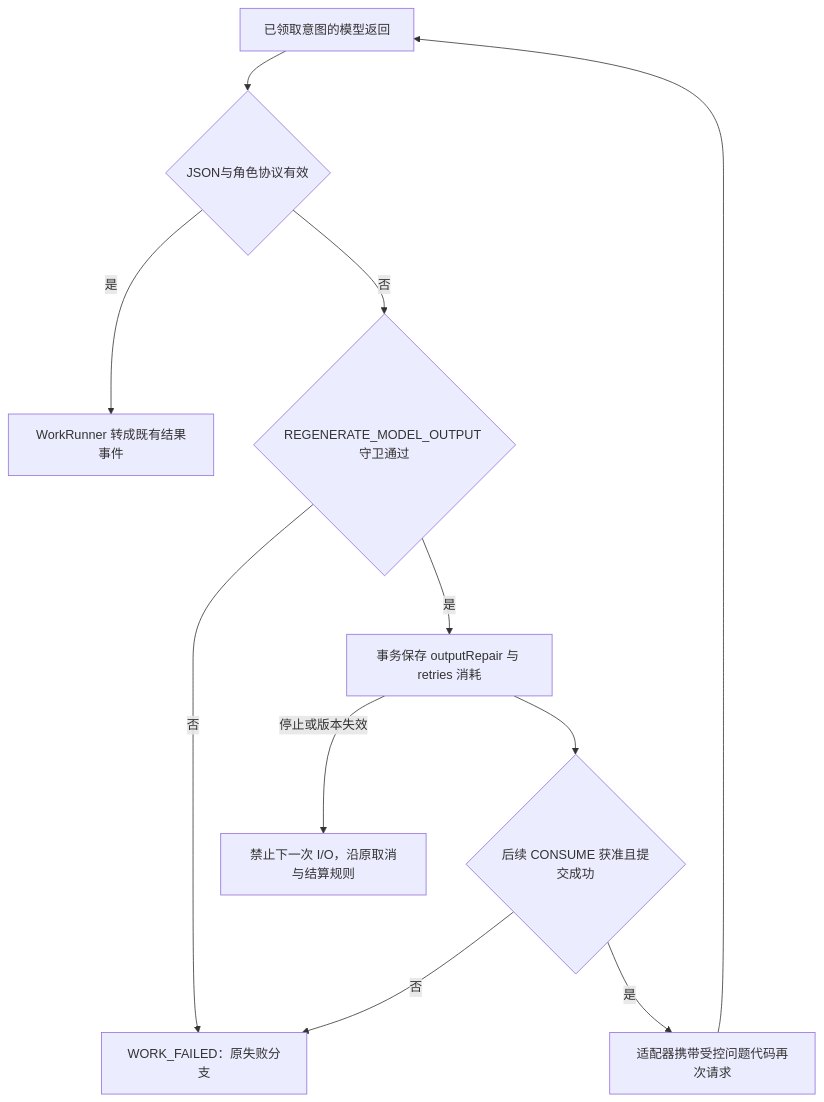
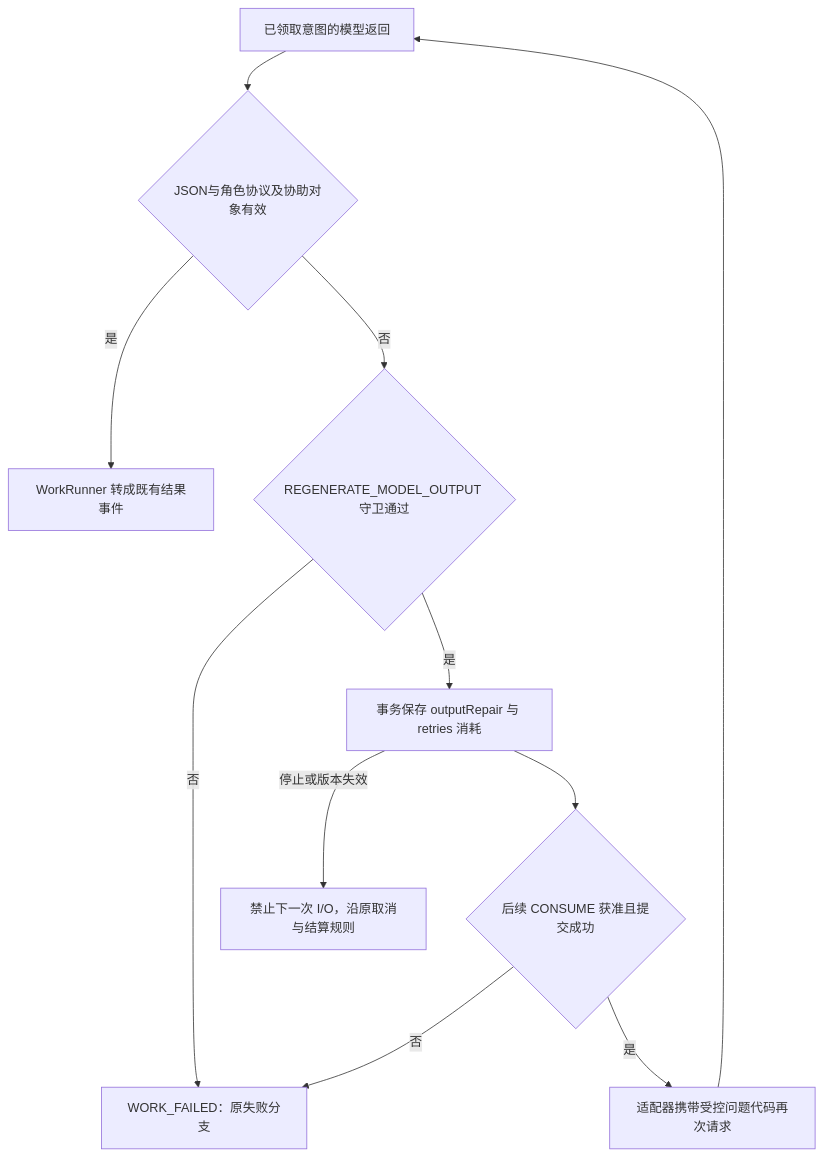
One commit to kejun/squad changed diagram 13 of 38 in docs/state-diagrams.md. Above: the diagram before and after it, drawn with Mermaid. The commit also changed other lines of this file and 16 other files, not shown here.

````diff
--- a/docs/state-diagrams.md
+++ b/docs/state-diagrams.md
@@ -344,13 +344,13 @@
 ```mermaid
 flowchart TD
-    R["已领取意图的模型返回"] --> V{"JSON与角色协议有效"}
+    R["已领取意图的模型返回"] --> V{"JSON与角色协议及协助对象有效"}
     V -->|是| E["WorkRunner 转成既有结果事件"]
     V -->|否| A{"REGENERATE_MODEL_OUTPUT 守卫通过"}
     A -->|是| S["事务保存 outputRepair 与 retries 消耗"]
     S --> C{"后续 CONSUME 获准且提交成功"}
     C -->|是| H["适配器携带受控问题代码再次请求"]
     H --> R
     A -->|否| F["WORK_FAILED：原失败分支"]
     C -->|否| F
     S -->|停止或版本失效| N["禁止下一次 I/O，沿原取消与结算规则"]
 ```
````
